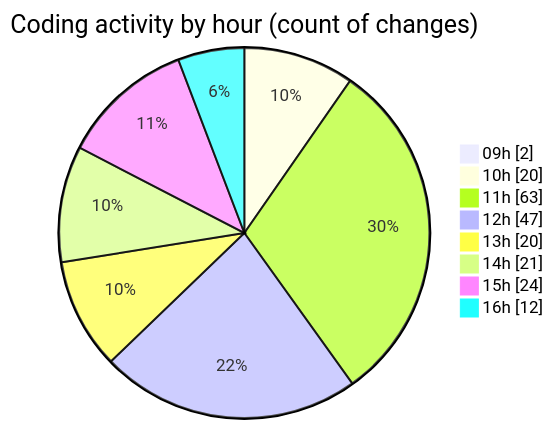
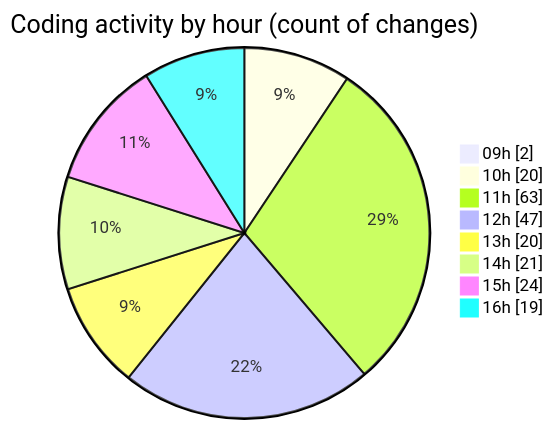
The second of 2 diagrams in 2025-04-08/cda/README.md (momahboobian/code-tracking), drawn with Mermaid before and after one commit. The commit also changed other lines of this file and 1 other file, not shown here.

````diff
--- a/2025-04-08/cda/README.md
+++ b/2025-04-08/cda/README.md
@@ -42,12 +42,12 @@
 ```mermaid
 pie showData
 title Coding activity by hour (count of changes)
 "09h" : 2
 "10h" : 20
 "11h" : 63
 "12h" : 47
 "13h" : 20
 "14h" : 21
 "15h" : 24
-"16h" : 12
+"16h" : 19
 ```
````
